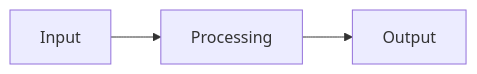
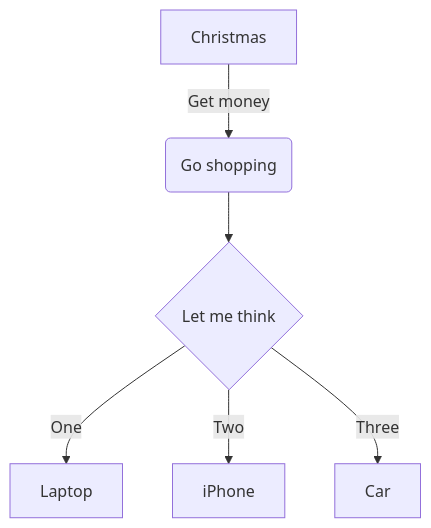
The diagram in examples/example.mmd (himbeles/mermaid-render), drawn with Mermaid before and after one commit. The commit also changed other lines of this file and 16 other files, not shown here.

```diff
--- a/examples/example.mmd
+++ b/examples/example.mmd
@@ -1,3 +1,6 @@
-flowchart LR
-    A[Input] --> B[Processing]
-    B --> C[Output]
+flowchart TD
+    A[Christmas] -->|Get money| B(Go shopping)
+    B --> C{Let me think}
+    C -->|One| D[Laptop]
+    C -->|Two| E[iPhone]
+    C -->|Three| F[Car]
```
